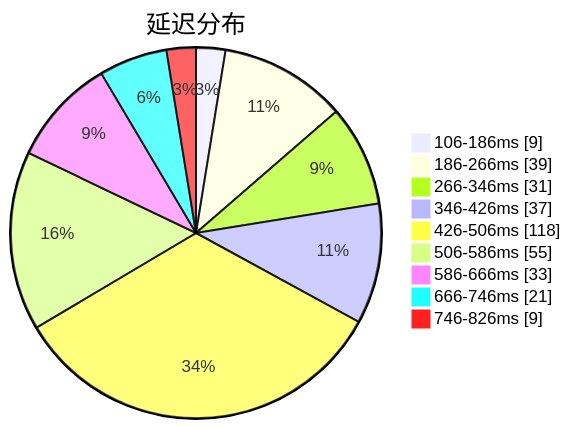
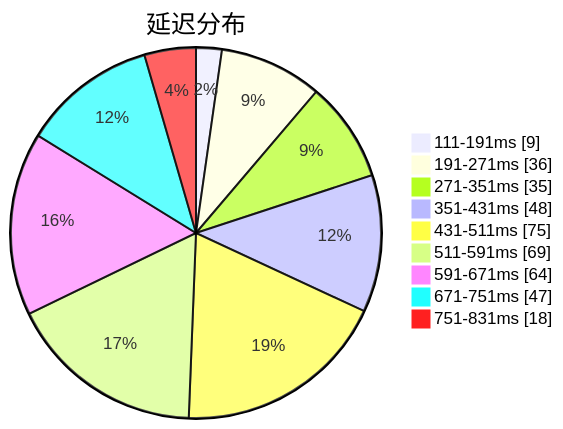
The first of 3 diagrams in subs/statistics/tested_within.md (sinspired/airport), drawn with Mermaid before and after one commit. The commit also changed other lines of this file and 2 other files, not shown here.

````diff
--- a/subs/statistics/tested_within.md
+++ b/subs/statistics/tested_within.md
@@ -2,13 +2,13 @@
 ```mermaid
 pie showData
 title 延迟分布
-"106-186ms" : 9
-"186-266ms" : 39
-"266-346ms" : 31
-"346-426ms" : 37
-"426-506ms" : 118
-"506-586ms" : 55
-"586-666ms" : 33
-"666-746ms" : 21
-"746-826ms" : 9
+"111-191ms" : 9
+"191-271ms" : 36
+"271-351ms" : 35
+"351-431ms" : 48
+"431-511ms" : 75
+"511-591ms" : 69
+"591-671ms" : 64
+"671-751ms" : 47
+"751-831ms" : 18
 ```
````
